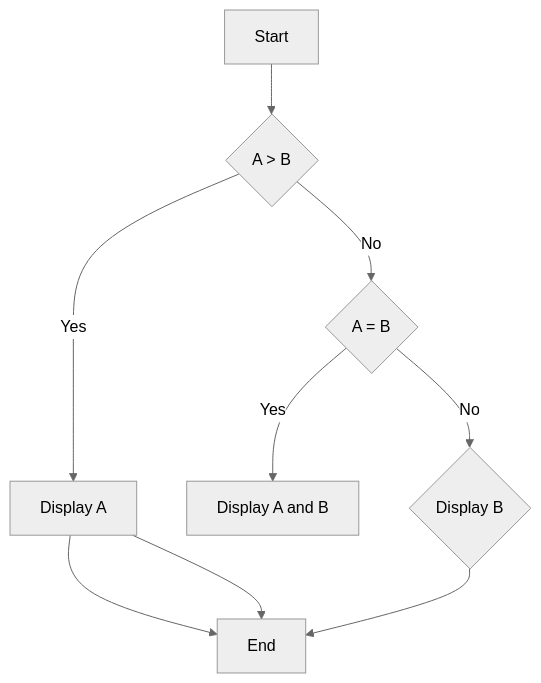
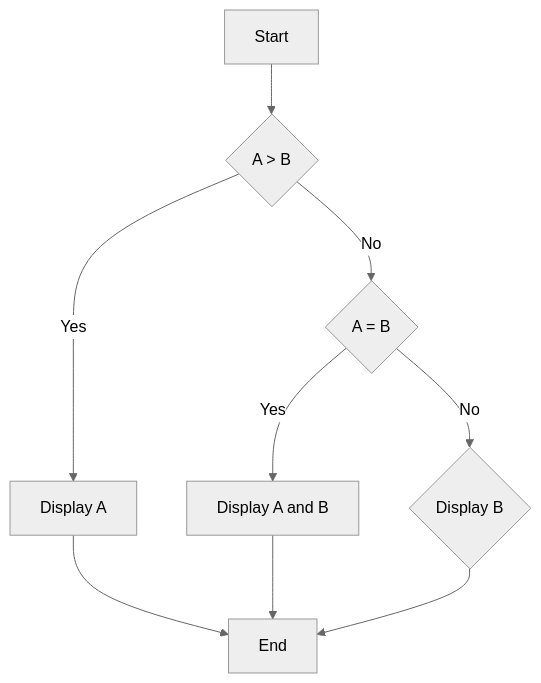
Before and after one commit to hoss-java/html-css-workshop: the diagram in README.md, drawn with Mermaid (neutral theme).

Commit message:
[W45-009] Html & css Workshop files - update readme patch 4

````diff
--- a/README.md
+++ b/README.md
@@ -30,11 +30,11 @@
 ```mermaid
 flowchart TD
   A[Start] --> B{A > B}
   B -- Yes --> C[Display A]
   C --> Z[End]
   B -- No  --> D{A = B}
   D -- Yes --> E[Display A and B]
   D -- No  --> F{Display B}
-  C --> Z
+  E --> Z
   F --> Z
 ```
````
